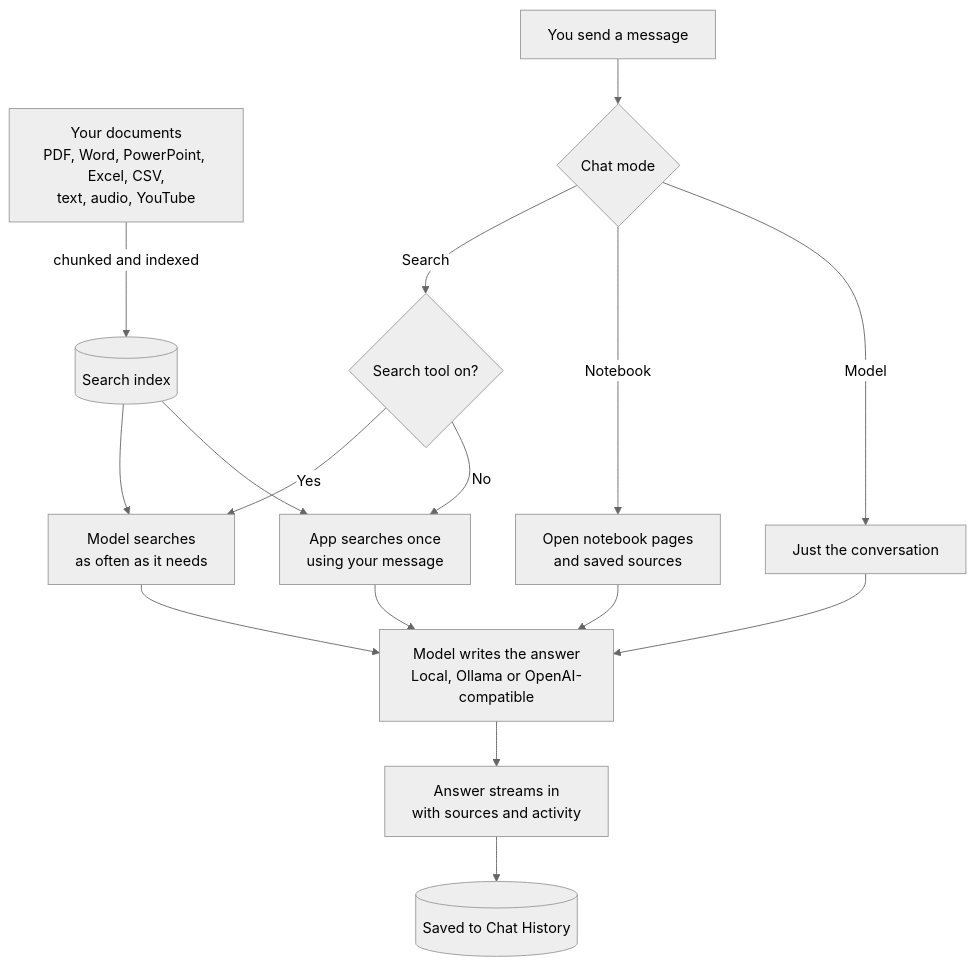
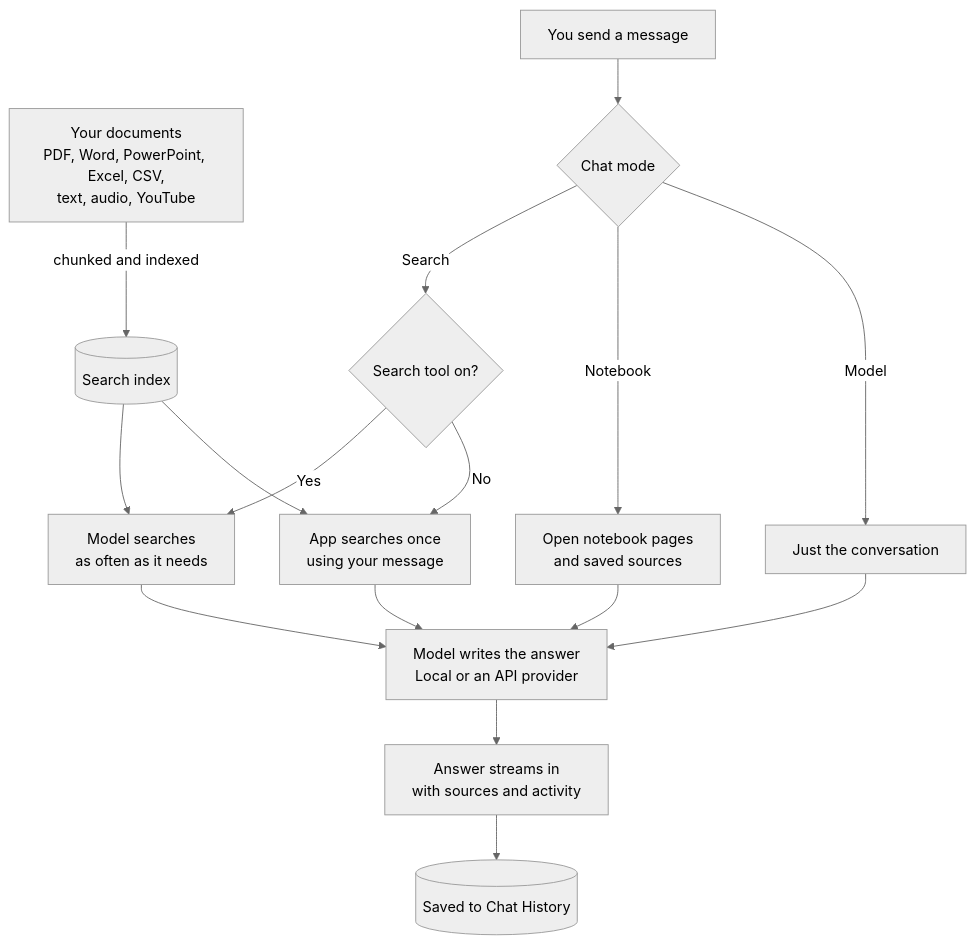
The diagram in docs/CHAT_PIPELINE.md (Deployable-Knowledge/Deployable-Knowledge), drawn with Mermaid (neutral theme) before and after one commit. The commit also changed 62 other files, not shown here.

````diff
--- a/docs/CHAT_PIPELINE.md
+++ b/docs/CHAT_PIPELINE.md
@@ -5,23 +5,23 @@
 ```mermaid
 flowchart TD
     Docs["Your documents<br/>PDF, Word, PowerPoint, Excel, CSV,<br/>text, audio, YouTube"] -->|"chunked and indexed"| Index[("Search index")]
 
     You["You send a message"] --> Mode{"Chat mode"}
 
     Mode -->|"Search"| Tools{"Search tool on?"}
     Tools -->|"Yes"| Agentic["Model searches<br/>as often as it needs"]
     Tools -->|"No"| Auto["App searches once<br/>using your message"]
     Index --> Agentic
     Index --> Auto
 
     Mode -->|"Notebook"| NB["Open notebook pages<br/>and saved sources"]
     Mode -->|"Model"| Plain["Just the conversation"]
 
-    Agentic --> LLM["Model writes the answer<br/>Local, Ollama or OpenAI-compatible"]
+    Agentic --> LLM["Model writes the answer<br/>Local or an API provider"]
     Auto --> LLM
     NB --> LLM
     Plain --> LLM
 
     LLM --> Out["Answer streams in<br/>with sources and activity"]
     Out --> Save[("Saved to Chat History")]
 ```
````
